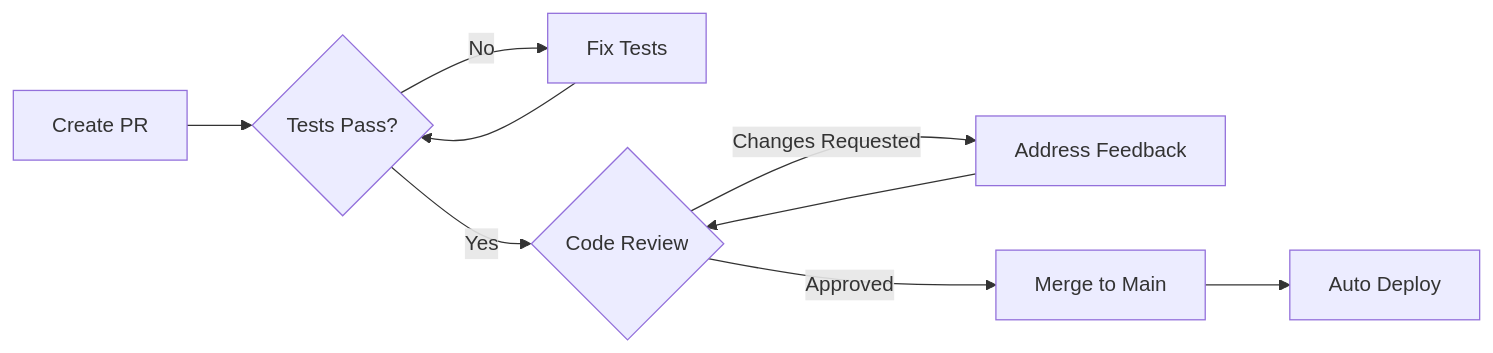
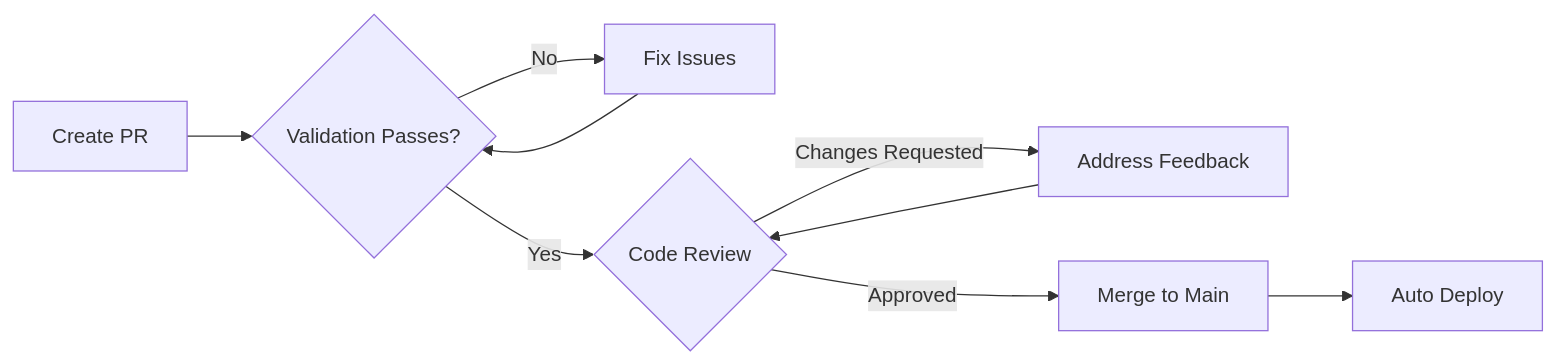
One commit to stussysenik/v0-ipod changed the diagram in docs/CONTRIBUTING.md. Above: the diagram before and after it, drawn with Mermaid. The commit also changed other lines of this file and 35 other files, not shown here.

````diff
--- a/docs/CONTRIBUTING.md
+++ b/docs/CONTRIBUTING.md
@@ -431,11 +366,11 @@
 ```mermaid
 flowchart LR
-    A[Create PR] --> B{Tests Pass?}
-    B -->|No| C[Fix Tests]
+    A[Create PR] --> B{Validation Passes?}
+    B -->|No| C[Fix Issues]
     C --> B
     B -->|Yes| D{Code Review}
     D -->|Changes Requested| E[Address Feedback]
     E --> D
     D -->|Approved| F[Merge to Main]
     F --> G[Auto Deploy]
 ```
````
